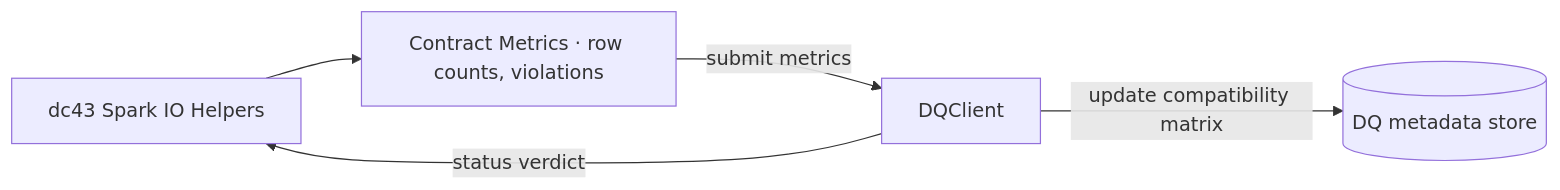
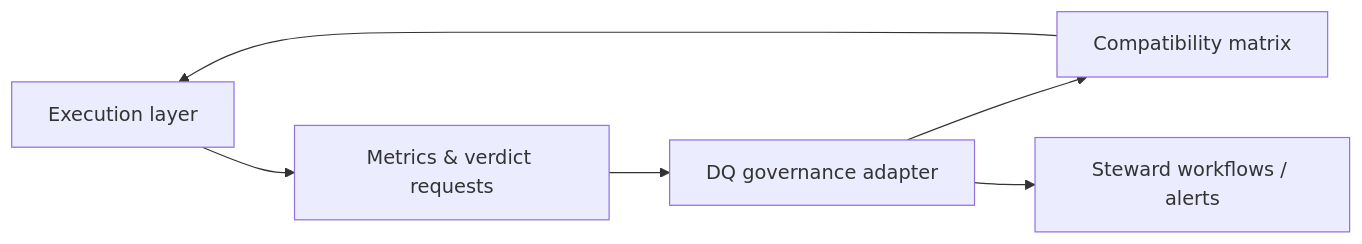
Before and after one commit to NextLab-SRL/dc43: the diagram in docs/component-data-quality-governance.md, drawn with Mermaid. The commit also changed other lines of this file and 13 other files, not shown here.

````diff
--- a/docs/component-data-quality-governance.md
+++ b/docs/component-data-quality-governance.md
@@ -35,7 +24,8 @@
 ```mermaid
 flowchart LR
-    SparkIO["dc43 Spark IO Helpers"] --> Metrics["Contract Metrics · row counts, violations"]
-    Metrics -->|submit metrics| DQClient
-    DQClient -->|status verdict| SparkIO
-    DQClient -->|update compatibility matrix| Catalog[(DQ metadata store)]
+    Runtime["Execution layer"] --> Metrics["Metrics & verdict requests"]
+    Metrics --> DQClient["DQ governance adapter"]
+    DQClient --> Catalog["Compatibility matrix"]
+    Catalog --> Runtime
+    DQClient --> Stewardship["Steward workflows / alerts"]
 ```
````
